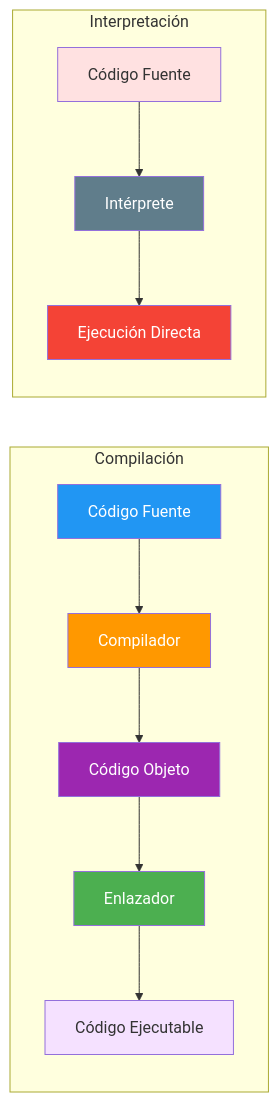
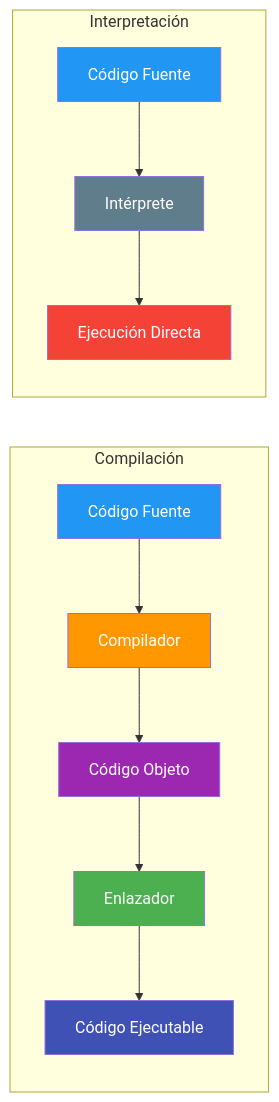
One commit to joseluisgs/EntornosDesarrollo-01-2026-2027 changed the third of 8 diagrams in 06-proceso-traduccion.md. Above: the diagram before and after it, drawn with Mermaid. The commit also changed other lines of this file, not shown here.

Commit message:
[fix] Punto 06: Mejoras didácticas, corrección de bloques, colores Mermaid y ASCII

````diff
--- a/06-proceso-traduccion.md
+++ b/06-proceso-traduccion.md
@@ -64,23 +73,23 @@
 ```mermaid
 graph LR
     subgraph Compilación
         A[Código Fuente] --> B[Compilador]
         B --> C[Código Objeto]
         C --> D[Enlazador]
         D --> E[Código Ejecutable]
     end
 
     subgraph Interpretación
         F[Código Fuente] --> G[Intérprete]
         G --> H[Ejecución Directa]
     end
 
     style A fill:#2196F3,color:#fff
     style B fill:#FF9800,color:#fff
     style C fill:#9C27B0,color:#fff
     style D fill:#4CAF50,color:#fff
-    style E fill:#f5e1ff
-    style F fill:#ffe1e1
+    style E fill:#3F51B5,color:#fff
+    style F fill:#2196F3,color:#fff
     style G fill:#607D8B,color:#fff
     style H fill:#f44336,color:#fff
 ```
````
